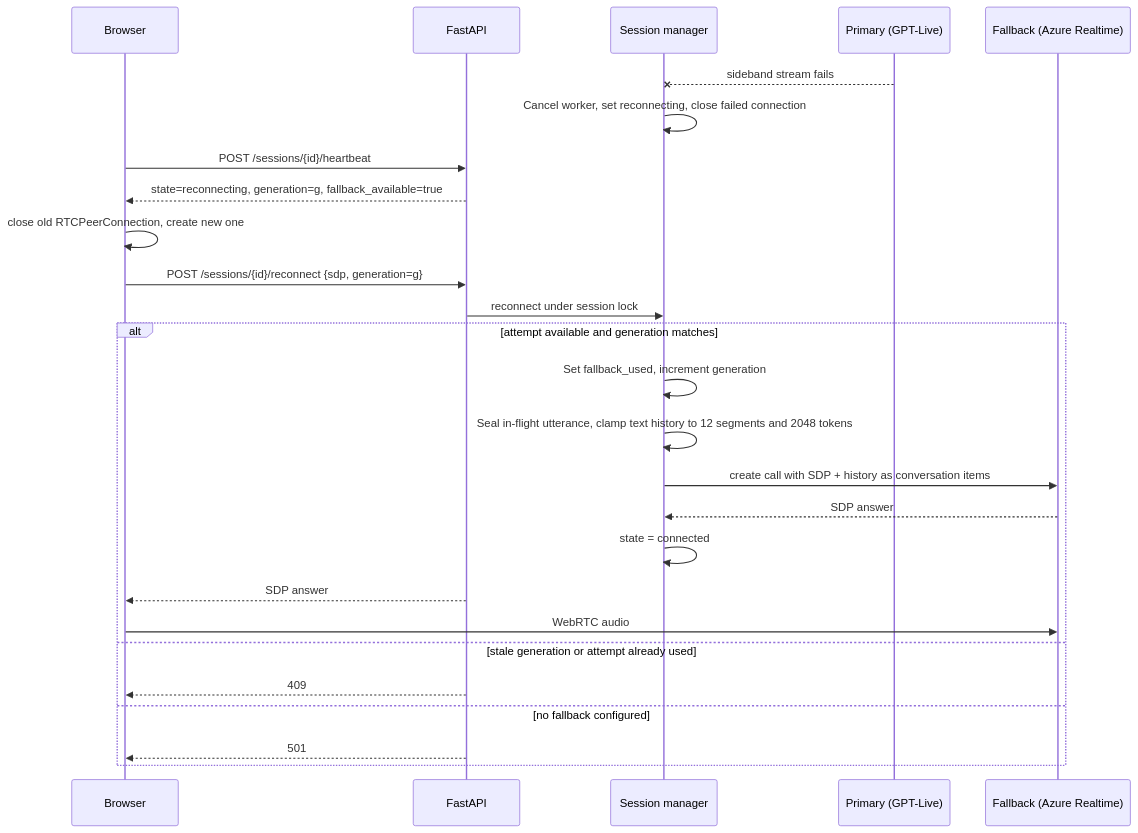
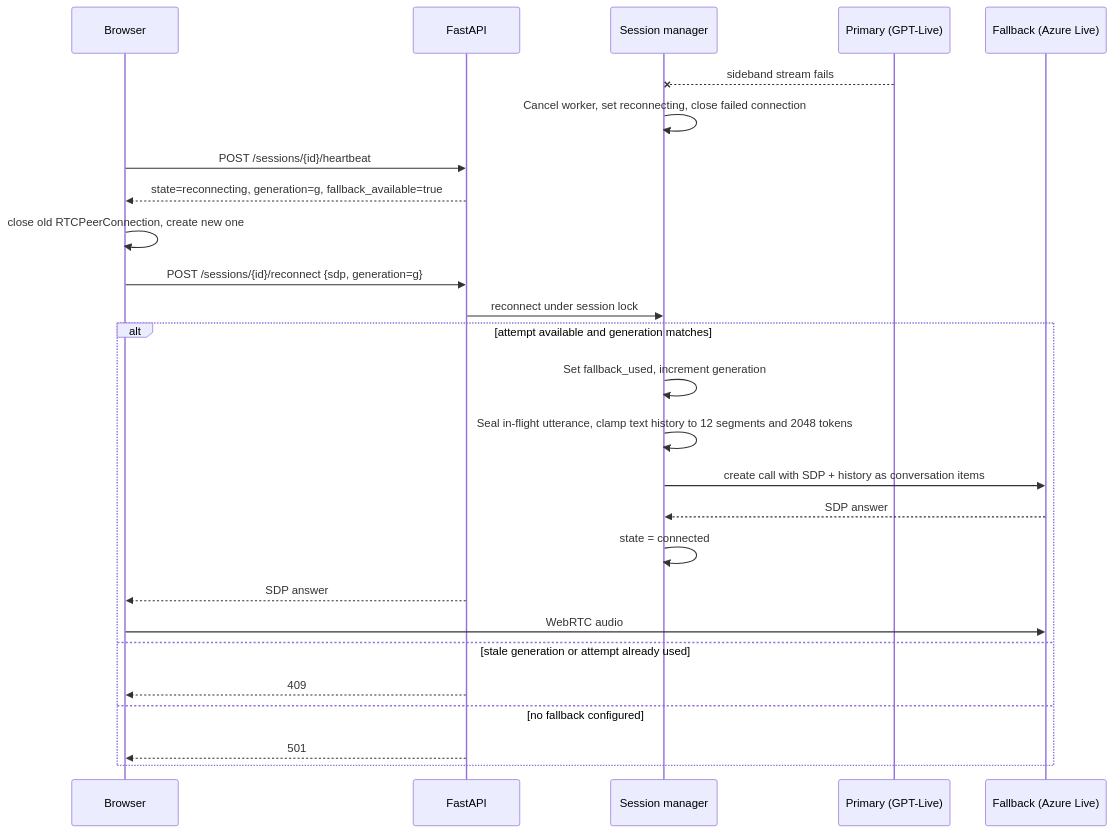
The third of 4 diagrams in docs/architecture.md (savbiz/voice-delegate), drawn with Mermaid before and after one commit. The commit also changed other lines of this file and 89 other files, not shown here.

First line of the commit message:
Add personal provider sessions and Live voice with opt-in Azure recovery (#25)

````diff
--- a/docs/architecture.md
+++ b/docs/architecture.md
@@ -75,28 +75,28 @@
 ```mermaid
 sequenceDiagram
     participant B as Browser
     participant A as FastAPI
     participant S as Session manager
     participant P as Primary (GPT-Live)
-    participant F as Fallback (Azure Realtime)
+    participant F as Fallback (Azure Live)
     P--xS: sideband stream fails
     S->>S: Cancel worker, set reconnecting, close failed connection
     B->>A: POST /sessions/{id}/heartbeat
     A-->>B: state=reconnecting, generation=g, fallback_available=true
     B->>B: close old RTCPeerConnection, create new one
     B->>A: POST /sessions/{id}/reconnect {sdp, generation=g}
     A->>S: reconnect under session lock
     alt attempt available and generation matches
         S->>S: Set fallback_used, increment generation
         S->>S: Seal in-flight utterance, clamp text history to 12 segments and 2048 tokens
         S->>F: create call with SDP + history as conversation items
         F-->>S: SDP answer
         S->>S: state = connected
         A-->>B: SDP answer
         B->>F: WebRTC audio
     else stale generation or attempt already used
         A-->>B: 409
     else no fallback configured
         A-->>B: 501
     end
 ```
````
